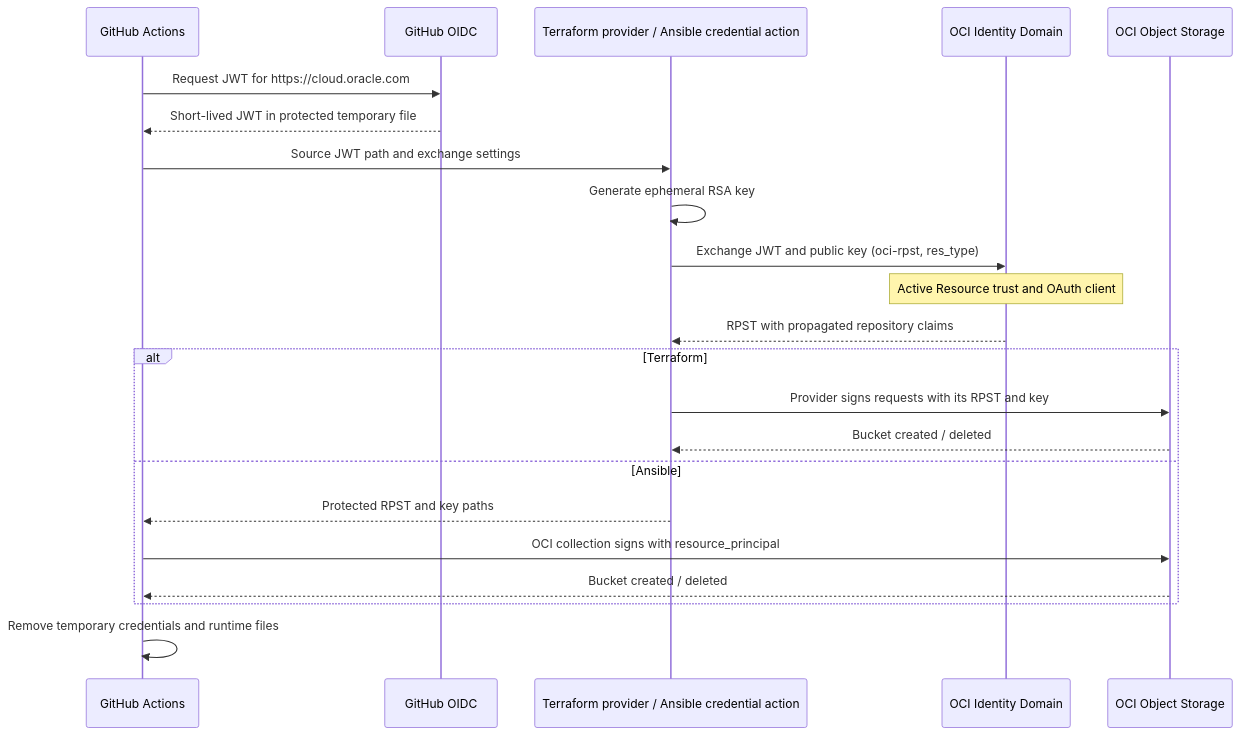
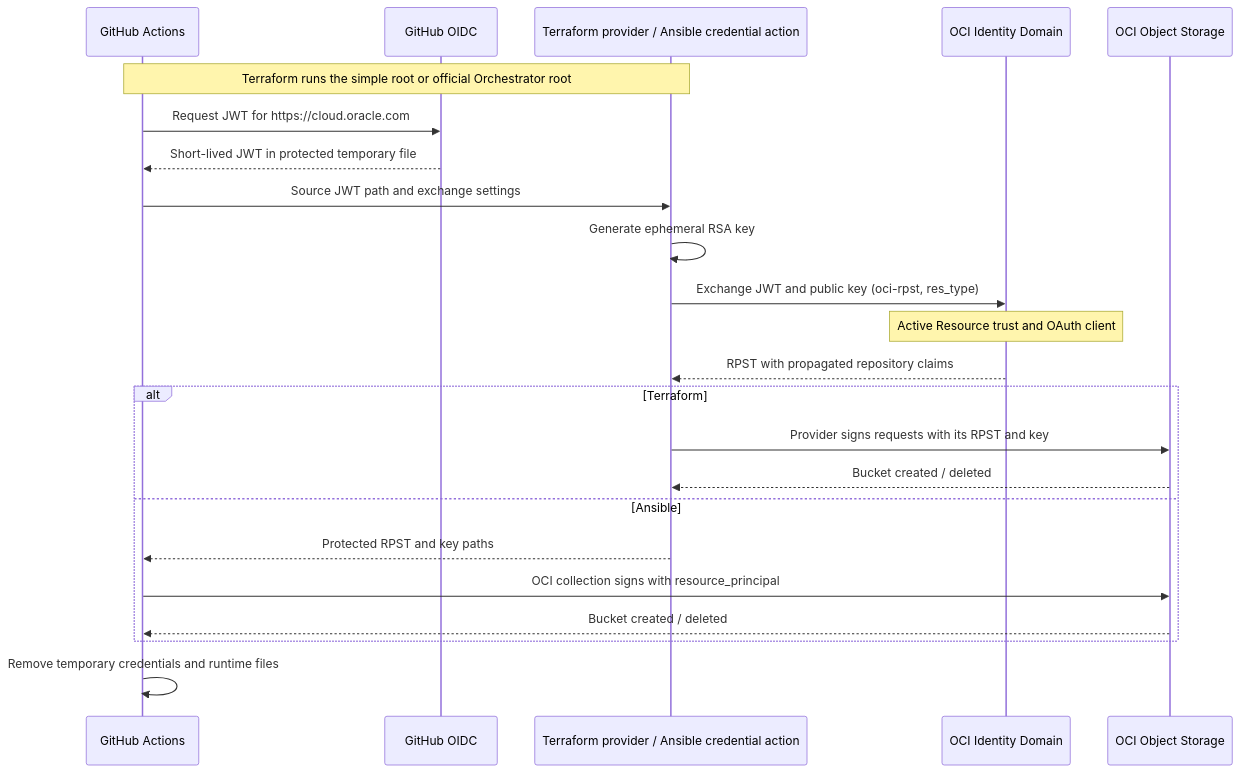
Before and after one commit to dgutierrezcolodra/oci-terraform-github-actions-wif-example: the diagram in README.md, drawn with Mermaid. The commit also changed other lines of this file and 3 other files, not shown here.

Commit message:
docs(terraform): document verified Orchestrator bucket lifecycle

````diff
--- a/README.md
+++ b/README.md
@@ -23,25 +25,26 @@
 ```mermaid
 sequenceDiagram
     participant Job as GitHub Actions
     participant GitHub as GitHub OIDC
     participant Runtime as Terraform provider / Ansible credential action
     participant Domain as OCI Identity Domain
     participant OCI as OCI Object Storage
 
+    Note over Job, Runtime: Terraform runs the simple root or official Orchestrator root
     Job->>GitHub: Request JWT for https://cloud.oracle.com
     GitHub-->>Job: Short-lived JWT in protected temporary file
     Job->>Runtime: Source JWT path and exchange settings
     Runtime->>Runtime: Generate ephemeral RSA key
     Runtime->>Domain: Exchange JWT and public key (oci-rpst, res_type)
     Note over Domain: Active Resource trust and OAuth client
     Domain-->>Runtime: RPST with propagated repository claims
     alt Terraform
         Runtime->>OCI: Provider signs requests with its RPST and key
         OCI-->>Runtime: Bucket created / deleted
     else Ansible
         Runtime-->>Job: Protected RPST and key paths
         Job->>OCI: OCI collection signs with resource_principal
         OCI-->>Job: Bucket created / deleted
     end
     Job->>Job: Remove temporary credentials and runtime files
 ```
````
